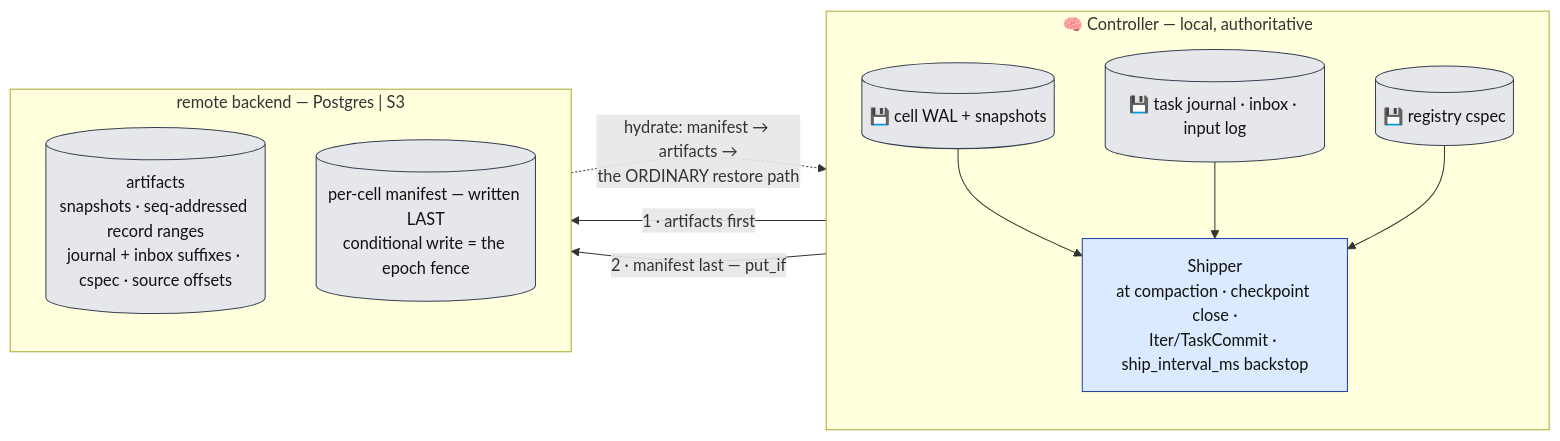
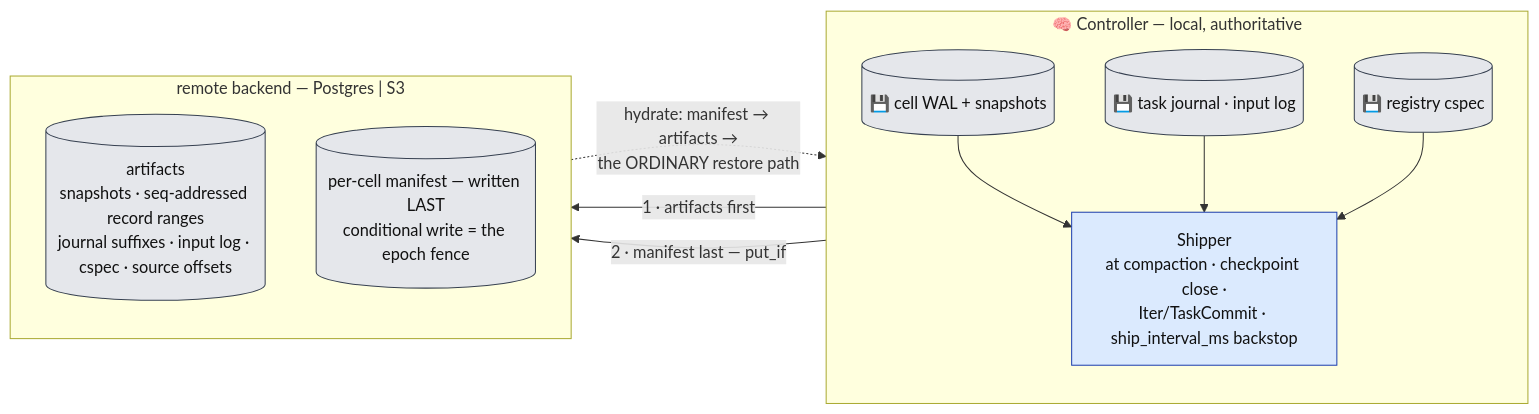
The seventh of 17 diagrams in docs/architecture/kernel.md (Flezha/flezha), drawn with Mermaid before and after one commit. The commit also changed other lines of this file and 78 other files, not shown here.

First line of the commit message:
Keep one durable input log

````diff
--- a/docs/architecture/kernel.md
+++ b/docs/architecture/kernel.md
@@ -333,23 +333,23 @@
 ```mermaid
 flowchart LR
     subgraph LOCAL["🧠 Controller — local, authoritative"]
         direction TB
         WAL[("💾 cell WAL + snapshots")]:::store
-        JRN[("💾 task journal · inbox · input log")]:::store
+        JRN[("💾 task journal · input log")]:::store
         CSPEC[("💾 registry cspec")]:::store
         SH["Shipper<br/>at compaction · checkpoint close ·<br/>Iter/TaskCommit · ship_interval_ms backstop"]:::ctrl
         WAL --> SH
         JRN --> SH
         CSPEC --> SH
     end
     subgraph REMOTE["remote backend — Postgres | S3"]
         direction TB
-        ART[("artifacts<br/>snapshots · seq-addressed record ranges<br/>journal + inbox suffixes · cspec · source offsets")]:::store
+        ART[("artifacts<br/>snapshots · seq-addressed record ranges<br/>journal suffixes · input log · cspec · source offsets")]:::store
         MAN[("per-cell manifest — written LAST<br/>conditional write = the epoch fence")]:::store
     end
     SH -->|"1 · artifacts first"| ART
     SH -->|"2 · manifest last — put_if"| MAN
     MAN -.->|"hydrate: manifest → artifacts →<br/>the ORDINARY restore path"| LOCAL
     classDef ctrl fill:#dbeafe,stroke:#1e40af,color:#111
     classDef store fill:#e5e7eb,stroke:#374151,color:#111
 ```
````
